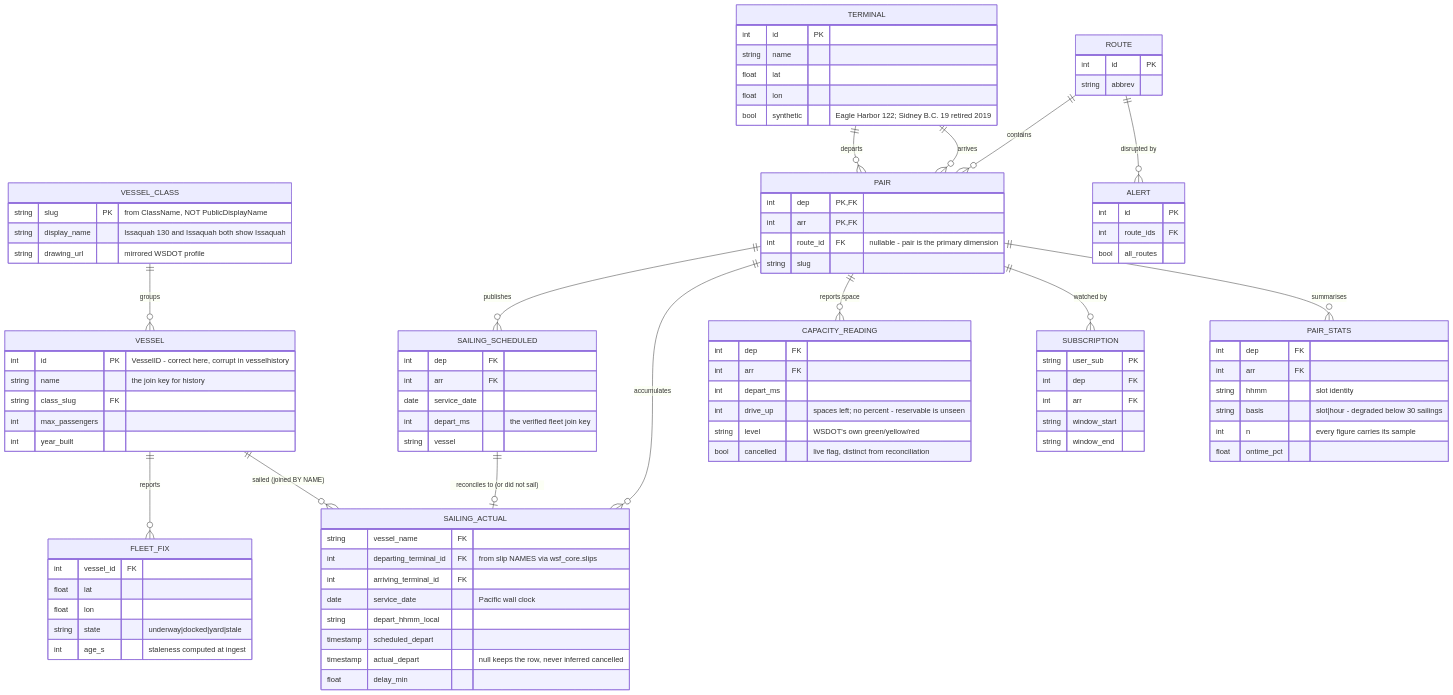
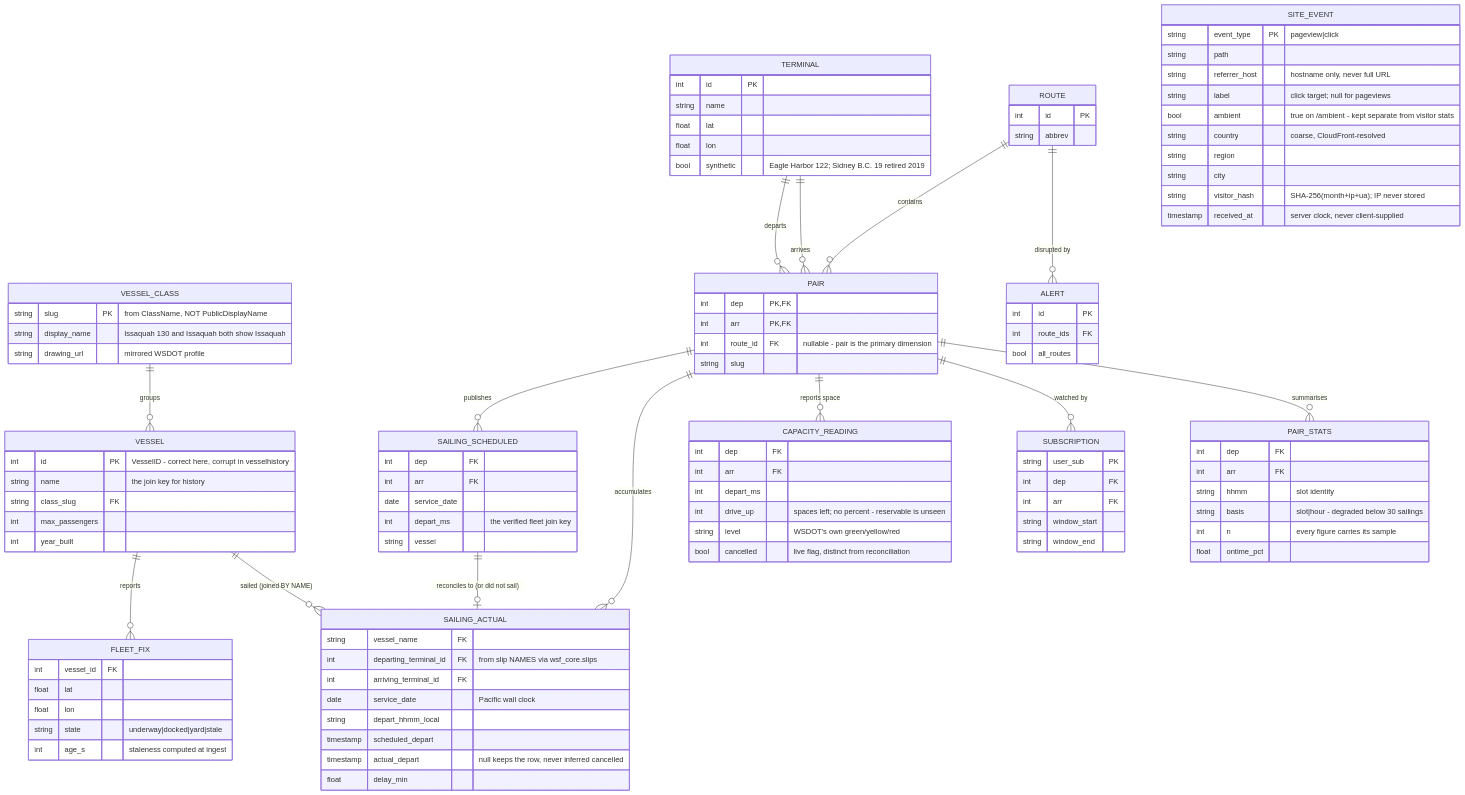
The fourth of 4 diagrams in docs/architecture.md (ryankirkland/wsf-ferry-companion), drawn with Mermaid before and after one commit. The commit also changed other lines of this file and 35 other files, not shown here.

```diff
--- a/docs/architecture.md
+++ b/docs/architecture.md
@@ -345,6 +373,18 @@
         int route_ids FK
         bool all_routes
     }
+    SITE_EVENT {
+        string event_type PK "pageview|click"
+        string path
+        string referrer_host "hostname only, never full URL"
+        string label "click target; null for pageviews"
+        bool ambient "true on /ambient - kept separate from visitor stats"
+        string country "coarse, CloudFront-resolved"
+        string region
+        string city
+        string visitor_hash "SHA-256(month+ip+ua); IP never stored"
+        timestamp received_at "server clock, never client-supplied"
+    }
     SUBSCRIPTION {
         string user_sub PK
         int dep FK
```
